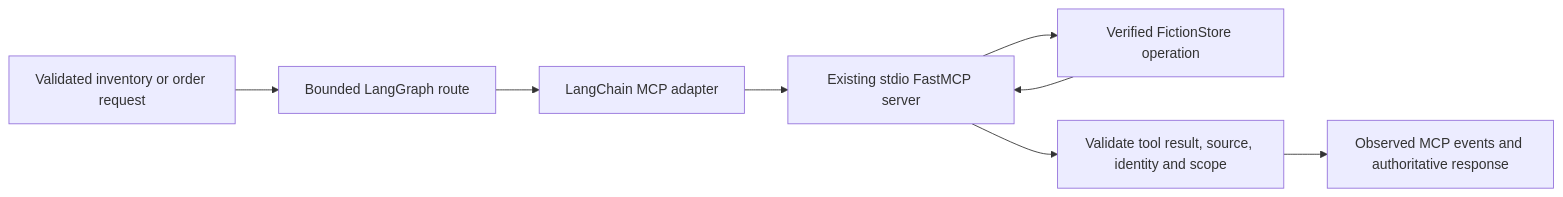
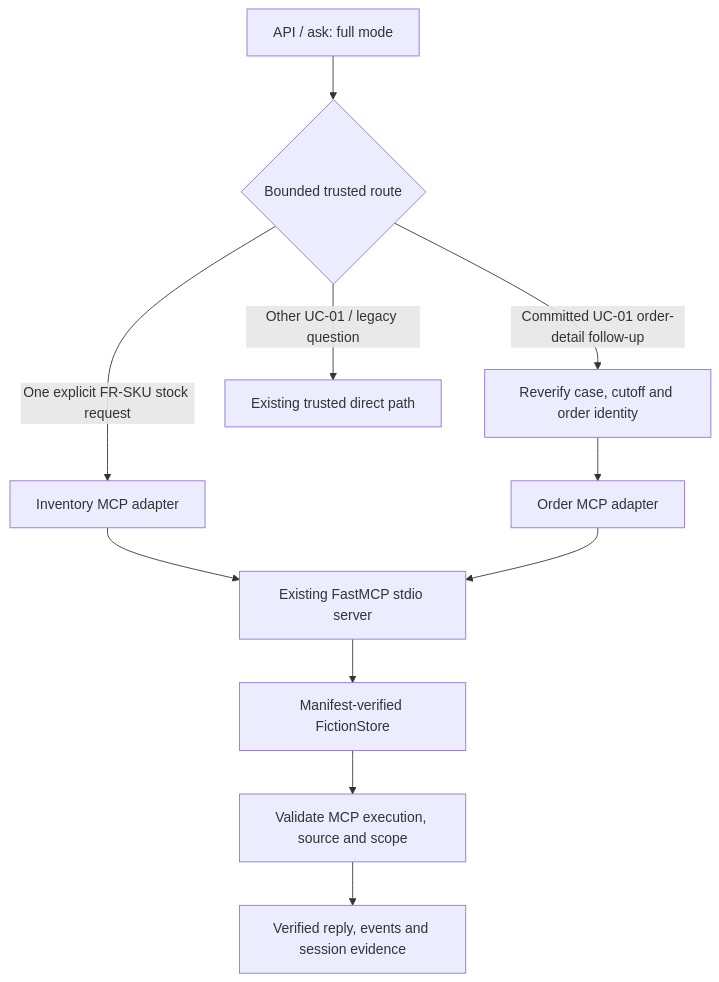
Before and after one commit to hungtvb/retailIQ: the second of 2 diagrams in docs/implementation/UC-01-backorder.md, drawn with Mermaid. The commit also changed other lines of this file, not shown here.

Commit message:
docs(UC-01 T04): resolve MCP route, error and order-validation review blockers

```diff
--- a/docs/implementation/UC-01-backorder.md
+++ b/docs/implementation/UC-01-backorder.md
@@ -134,10 +134,13 @@
 ~~~mermaid
-flowchart LR
-    U[Validated inventory or order request] --> G[Bounded LangGraph route]
-    G --> A[LangChain MCP adapter]
-    A --> S[Existing stdio FastMCP server]
-    S --> F[Verified FictionStore operation]
-    F --> S
-    S --> V[Validate tool result, source, identity and scope]
-    V --> T[Observed MCP events and authoritative response]
+flowchart TD
+    Q[API / ask: full mode] --> R{Bounded trusted route}
+    R -->|One explicit FR-SKU stock request| IM[Inventory MCP adapter]
+    R -->|Committed UC-01 order-detail follow-up| C[Reverify case, cutoff and order identity]
+    C --> OM[Order MCP adapter]
+    R -->|Other UC-01 / legacy question| D[Existing trusted direct path]
+    IM --> M[Existing FastMCP stdio server]
+    OM --> M
+    M --> F[Manifest-verified FictionStore]
+    F --> V[Validate MCP execution, source and scope]
+    V --> A[Verified reply, events and session evidence]
 ~~~
```
